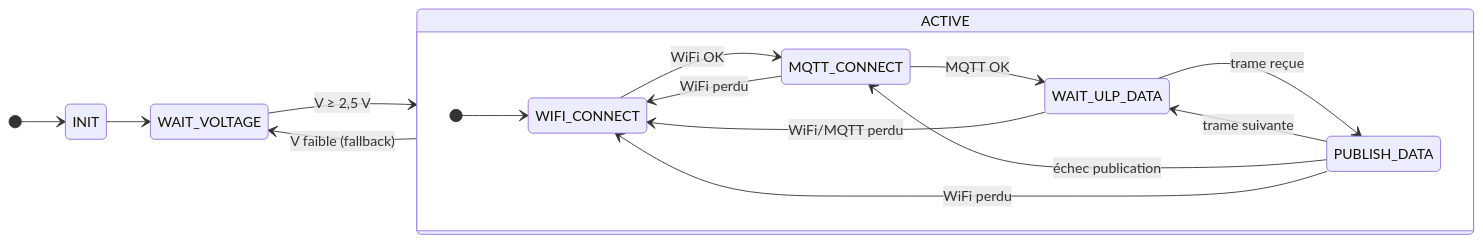
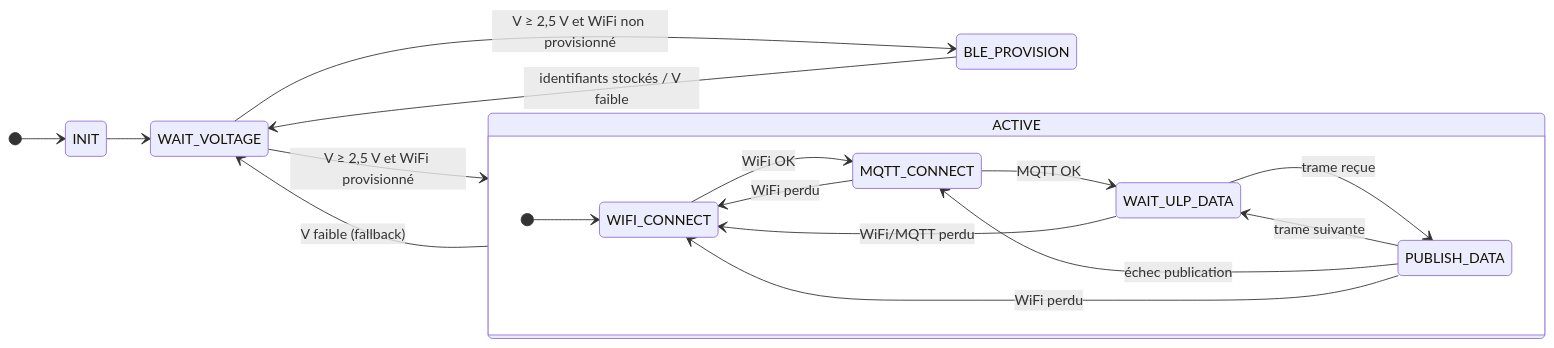
The diagram in Firmware/README.md (Konkzor/LinKey), drawn with Mermaid before and after one commit. The commit also changed other lines of this file, not shown here.

First line of the commit message:
docs: document BLE WiFi provisioning

````diff
--- a/Firmware/README.md
+++ b/Firmware/README.md
@@ -58,21 +63,23 @@
 ```mermaid
 stateDiagram-v2
     direction LR
     [*] --> INIT
     INIT --> WAIT_VOLTAGE
-    WAIT_VOLTAGE --> ACTIVE: V ≥ 2,5 V
+    WAIT_VOLTAGE --> BLE_PROVISION: V ≥ 2,5 V et WiFi non provisionné
+    BLE_PROVISION --> WAIT_VOLTAGE: identifiants stockés / V faible
+    WAIT_VOLTAGE --> ACTIVE: V ≥ 2,5 V et WiFi provisionné
     ACTIVE --> WAIT_VOLTAGE: V faible (fallback)
 
     state ACTIVE {
         direction LR
         [*] --> WIFI_CONNECT
         WIFI_CONNECT --> MQTT_CONNECT: WiFi OK
         MQTT_CONNECT --> WIFI_CONNECT: WiFi perdu
         MQTT_CONNECT --> WAIT_ULP_DATA: MQTT OK
         WAIT_ULP_DATA --> WIFI_CONNECT: WiFi/MQTT perdu
         WAIT_ULP_DATA --> PUBLISH_DATA: trame reçue
         PUBLISH_DATA --> WAIT_ULP_DATA: trame suivante
         PUBLISH_DATA --> MQTT_CONNECT: échec publication
         PUBLISH_DATA --> WIFI_CONNECT: WiFi perdu
     }
 ```
````
